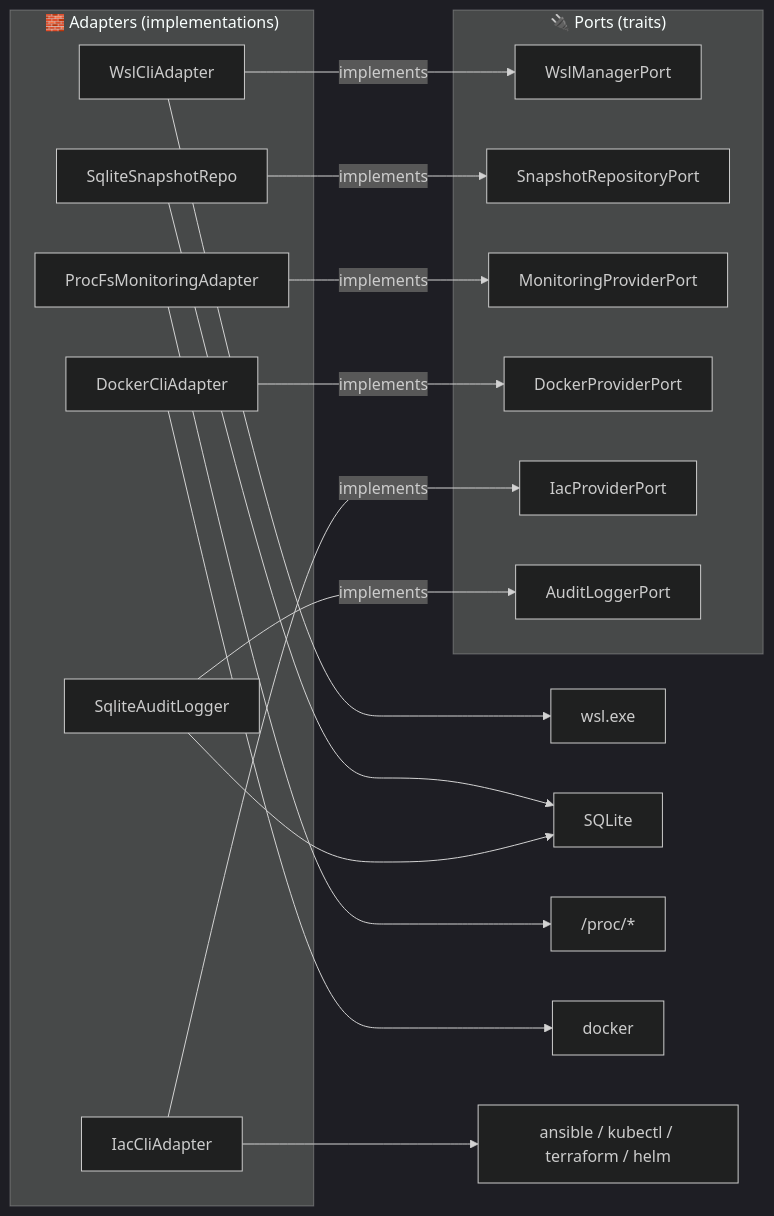
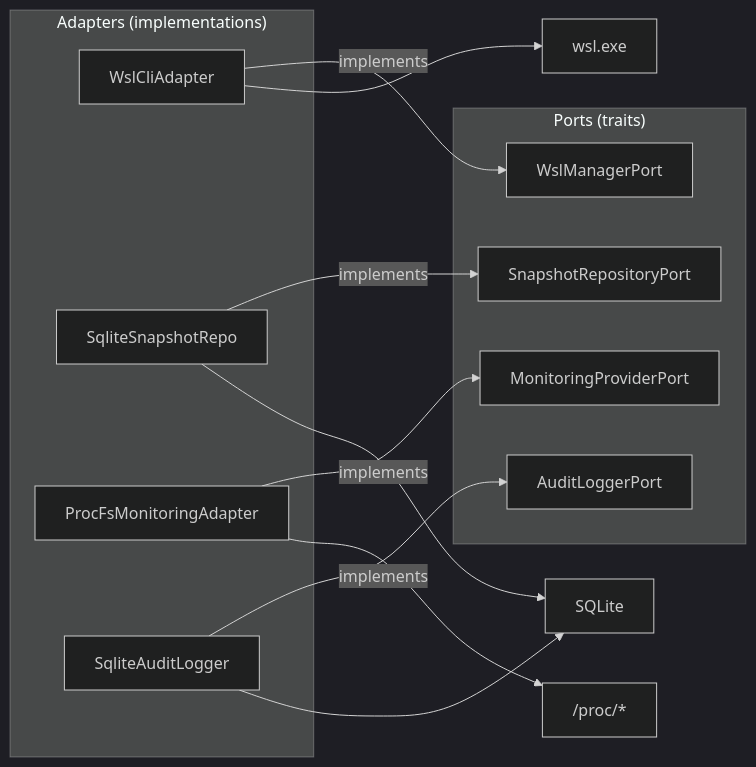
One commit to muchiny/wsl-dashboard changed the second of 4 diagrams in README.md. Above: the diagram before and after it, drawn with Mermaid (dark theme). The commit also changed other lines of this file and 10 other files, not shown here.

First line of the commit message:
docs: update all 11 READMEs to reflect current architecture

````diff
--- a/README.md
+++ b/README.md
@@ -78,27 +75,21 @@
 ```mermaid
 graph LR
-    subgraph Ports["🔌 Ports (traits)"]
+    subgraph Ports["Ports (traits)"]
         WMP["WslManagerPort"]
         SRP["SnapshotRepositoryPort"]
         MPP["MonitoringProviderPort"]
-        DPP["DockerProviderPort"]
-        IPP["IacProviderPort"]
         ALP["AuditLoggerPort"]
     end
 
-    subgraph Adapters["🧱 Adapters (implementations)"]
+    subgraph Adapters["Adapters (implementations)"]
         WCA["WslCliAdapter"] -->|implements| WMP
         SSR["SqliteSnapshotRepo"] -->|implements| SRP
         PFA["ProcFsMonitoringAdapter"] -->|implements| MPP
-        DCA["DockerCliAdapter"] -->|implements| DPP
-        ICA["IacCliAdapter"] -->|implements| IPP
         SAL["SqliteAuditLogger"] -->|implements| ALP
     end
 
     WCA --> wsl["wsl.exe"]
     SSR --> db["SQLite"]
     PFA --> proc["/proc/*"]
-    DCA --> docker["docker"]
-    ICA --> tools["ansible / kubectl / terraform / helm"]
     SAL --> db
 ```
````
